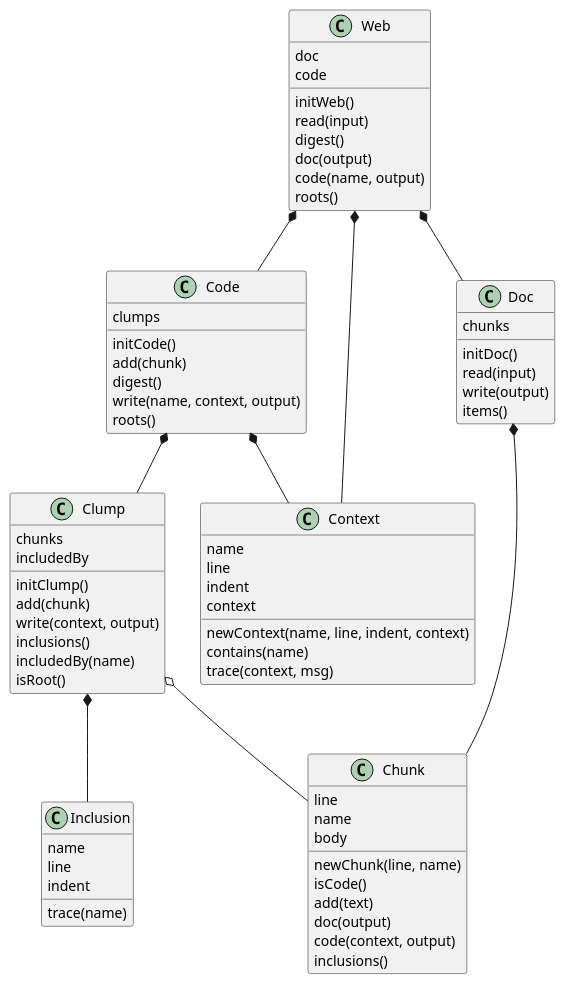
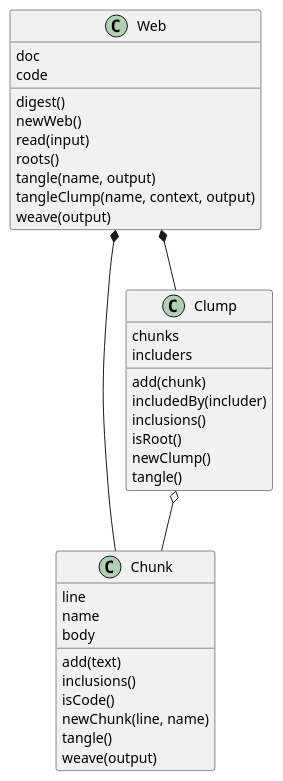
Before and after one commit to colinc904/wangle: the diagram in doc/pages/structure.md, drawn with PlantUML. The commit also changed 19 other files, not shown here.

```diff
--- a/doc/pages/structure.md
+++ b/doc/pages/structure.md
@@ -6,81 +6,40 @@
   line
   name
   body
+  add(text)
+  inclusions()
+  isCode()
   newChunk(line, name)
-  isCode()
-  add(text)
-  doc(output)
-  code(context, output)
-  inclusions()
+  tangle()
+  weave(output)
 }
 
 class Clump {
   chunks
-  includedBy
-  initClump()
+  includers
   add(chunk)
-  write(context, output)
+  includedBy(includer)
   inclusions()
-  includedBy(name)
   isRoot()
-}
-
-class Code {
-  clumps
-  initCode()
-  add(chunk)
-  digest()
-  write(name, context, output)
-  roots()
-}
-
-class Context {
-  name
-  line
-  indent
-  context
-  newContext(name, line, indent, context)
-  contains(name)
-  trace(context, msg)
-}
-
-class Doc {
-  chunks
-  initDoc()
-  read(input)
-  write(output)
-  items()
-}
-
-class Inclusion {
-  name
-  line
-  indent
-  trace(name)
+  newClump()
+  tangle()
 }
 
 class Web {
   doc
   code
-  initWeb()
+  digest()
+  newWeb()
   read(input)
-  digest()
-  doc(output)
-  code(name, output)
   roots()
+  tangle(name, output)
+  tangleClump(name, context, output)
+  weave(output)
 }
 
 Clump o-- Chunk
-Clump *-- Inclusion
 
-Code *-- Clump
-Code *-- Context
-
-Doc *-- Chunk
-
-Web *-- Code
-
-Web *-- Doc
-Web *-- Context
+Web *-- Clump 
+Web *-- Chunk
 
 @enduml
```
